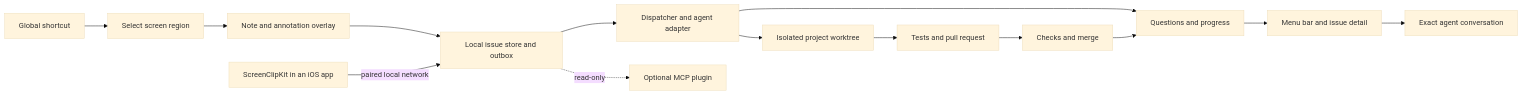
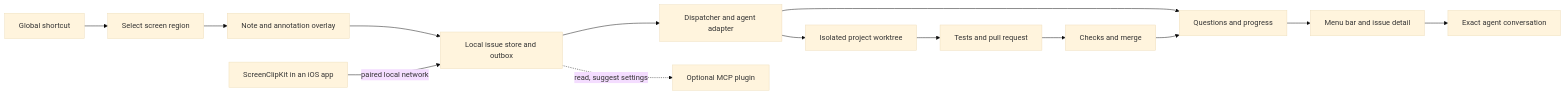
Before and after one commit to lludo/ScreenClip: the diagram in docs/architecture.md, drawn with Mermaid (base theme). The commit also changed other lines of this file and 111 other files, not shown here.

````diff
--- a/docs/architecture.md
+++ b/docs/architecture.md
@@ -23,16 +23,16 @@
 ```mermaid
 flowchart LR
     A[Global shortcut] --> B[Select screen region]
     B --> C[Note and annotation overlay]
     C --> D[Local issue store and outbox]
     D --> E[Dispatcher and agent adapter]
     E --> F[Isolated project worktree]
     F --> G[Tests and pull request]
     G --> H[Checks and merge]
     E --> I[Questions and progress]
     H --> I
     I --> J[Menu bar and issue detail]
     J --> K[Exact agent conversation]
-    D -. read-only .-> L[Optional MCP plugin]
+    D -. read, suggest settings .-> L[Optional MCP plugin]
     M[ScreenClipKit in an iOS app] -- paired local network --> D
 ```
````
